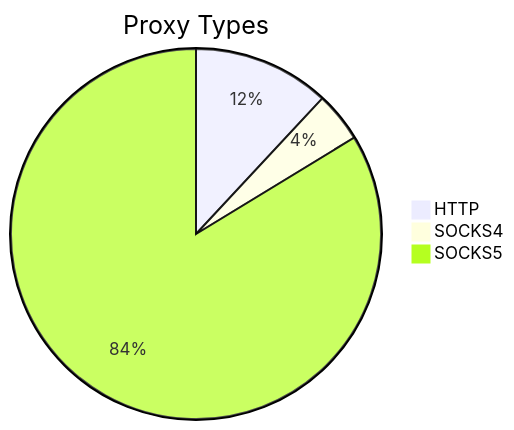
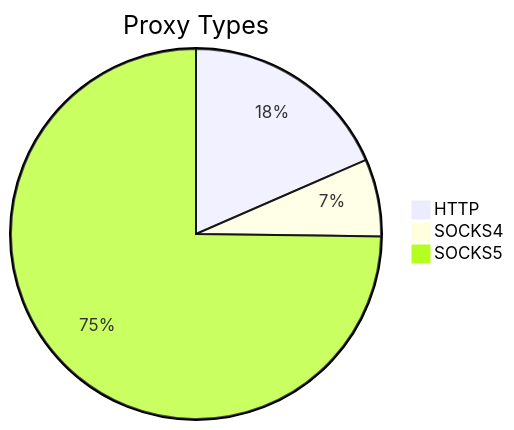
Before and after one commit to stormsia/proxy-list: the first of 2 diagrams in README.md, drawn with Mermaid. The commit also changed other lines of this file, not shown here.

````diff
--- a/README.md
+++ b/README.md
@@ -21,6 +21,6 @@
 ```mermaid
 pie title Proxy Types
-    "HTTP" : 476
-    "SOCKS4" : 174
-    "SOCKS5" : 3340
+    "HTTP" : 172
+    "SOCKS4" : 63
+    "SOCKS5" : 697
 ```
````
